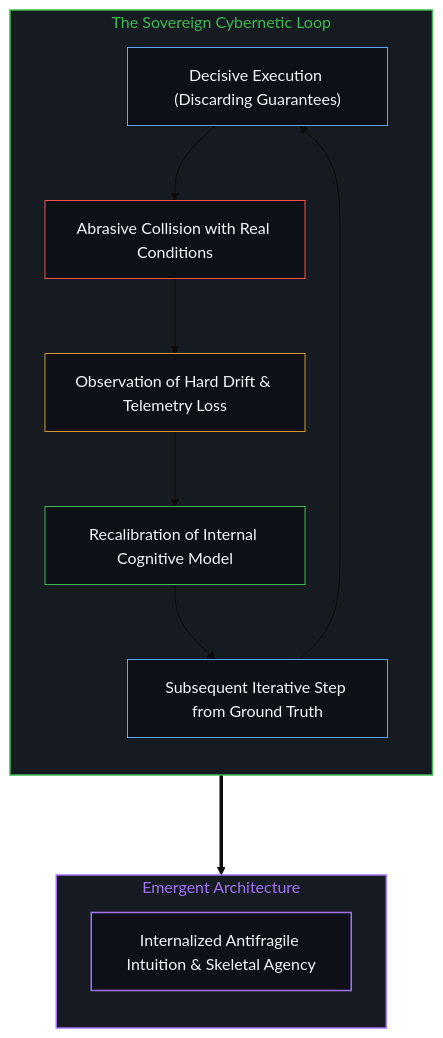
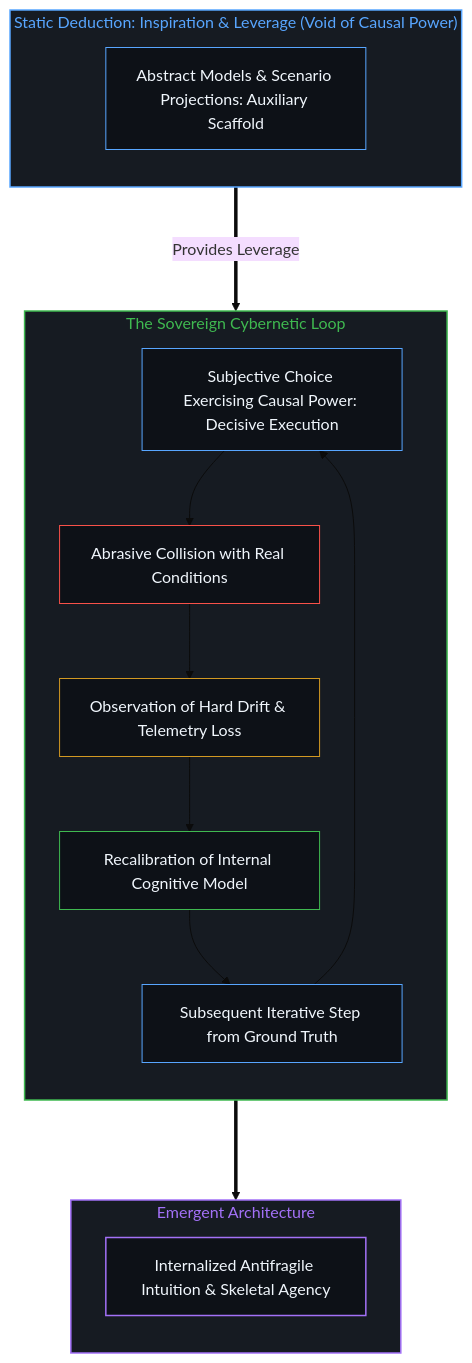
The eighth of 10 diagrams in content/posts/choice-itself-has-no-inherent-weight.md (powerpig99/not-a-toe), drawn with Mermaid (base theme) before and after one commit. The commit also changed other lines of this file and 4 other files, not shown here.

Commit message:
Clarify role of static deduction: leverage and inspiration without causal power

````diff
--- a/content/posts/choice-itself-has-no-inherent-weight.md
+++ b/content/posts/choice-itself-has-no-inherent-weight.md
@@ -251,27 +259,35 @@
 ```mermaid
 graph TD
+    subgraph S_Input_EN ["Static Deduction: Inspiration & Leverage (Void of Causal Power)"]
+        direction TB
+        IE_Model["Abstract Models & Scenario Projections: Auxiliary Scaffold"]
+    end
+
     subgraph S_Loop_EN ["The Sovereign Cybernetic Loop"]
         direction TB
-        LE_Try["Decisive Execution (Discarding Guarantees)"] --> LE_Friction["Abrasive Collision with Real Conditions"]
+        LE_Try["Subjective Choice Exercising Causal Power: Decisive Execution"] --> LE_Friction["Abrasive Collision with Real Conditions"]
         LE_Friction --> LE_Observe["Observation of Hard Drift & Telemetry Loss"]
         LE_Observe --> LE_Adjust["Recalibration of Internal Cognitive Model"]
         LE_Adjust --> LE_Next["Subsequent Iterative Step from Ground Truth"]
         LE_Next --> LE_Try
     end
 
     subgraph S_Output_EN ["Emergent Architecture"]
         direction TB
         OE_Bone["Internalized Antifragile Intuition & Skeletal Agency"]
     end
 
+    IE_Model ===>|Provides Leverage| LE_Try
     LE_Adjust ===> OE_Bone
 
+    style S_Input_EN fill:#161b22,stroke:#58a6ff,stroke-width:1.5px,color:#58a6ff
     style S_Loop_EN fill:#161b22,stroke:#3fb950,stroke-width:1.5px,color:#3fb950
     style S_Output_EN fill:#161b22,stroke:#a371f7,stroke-width:1.5px,color:#a371f7
+    style IE_Model fill:#0d1117,stroke:#58a6ff,stroke-width:1px,color:#f0f6fc
     style LE_Try fill:#0d1117,stroke:#58a6ff,stroke-width:1px,color:#f0f6fc
     style LE_Friction fill:#0d1117,stroke:#f85149,stroke-width:1px,color:#f0f6fc
     style LE_Observe fill:#0d1117,stroke:#d29922,stroke-width:1px,color:#f0f6fc
     style LE_Adjust fill:#0d1117,stroke:#3fb950,stroke-width:1px,color:#f0f6fc
     style LE_Next fill:#0d1117,stroke:#58a6ff,stroke-width:1px,color:#f0f6fc
     style OE_Bone fill:#0d1117,stroke:#a371f7,stroke-width:1.5px,color:#f0f6fc
 ```
````
